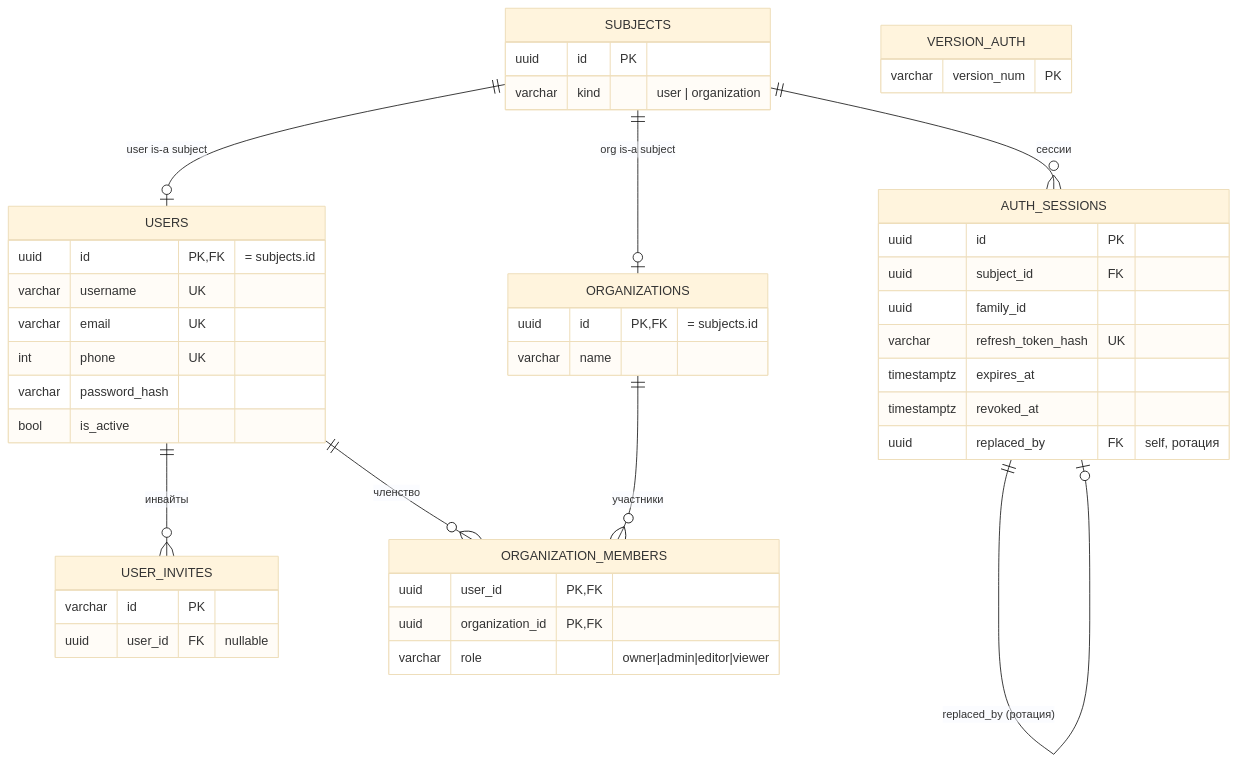
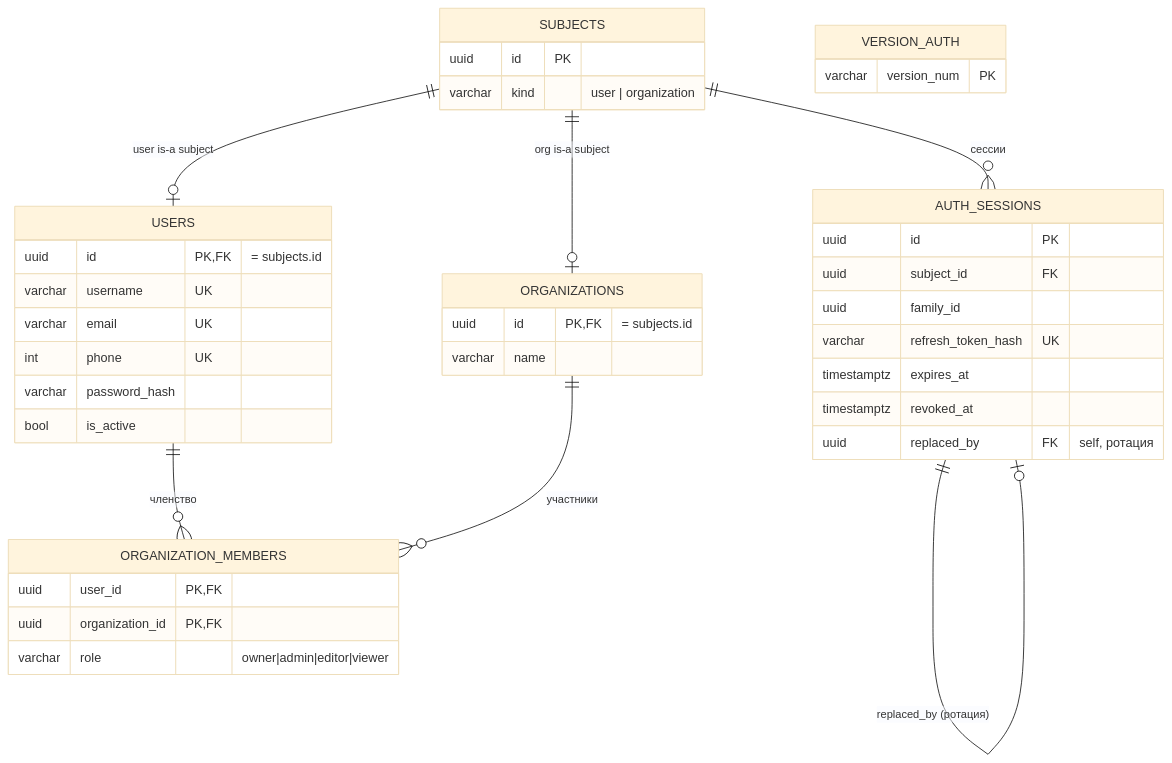
One commit to sb0rka/sb0rka changed the second of 2 diagrams in db/SCHEMA.md. Above: the diagram before and after it, drawn with Mermaid (base theme). The commit also changed other lines of this file and 16 other files, not shown here.

````diff
--- a/db/SCHEMA.md
+++ b/db/SCHEMA.md
@@ -184,48 +184,43 @@
 ```mermaid
 erDiagram
     SUBJECTS ||--o| USERS : "user is-a subject"
     SUBJECTS ||--o| ORGANIZATIONS : "org is-a subject"
     SUBJECTS ||--o{ AUTH_SESSIONS : "сессии"
     AUTH_SESSIONS ||--o| AUTH_SESSIONS : "replaced_by (ротация)"
-    USERS ||--o{ USER_INVITES : "инвайты"
     USERS ||--o{ ORGANIZATION_MEMBERS : "членство"
     ORGANIZATIONS ||--o{ ORGANIZATION_MEMBERS : "участники"
 
     SUBJECTS {
         uuid id PK
         varchar kind "user | organization"
     }
     USERS {
         uuid id PK,FK "= subjects.id"
         varchar username UK
         varchar email UK
         int phone UK
         varchar password_hash
         bool is_active
     }
     AUTH_SESSIONS {
         uuid id PK
         uuid subject_id FK
         uuid family_id
         varchar refresh_token_hash UK
         timestamptz expires_at
         timestamptz revoked_at
         uuid replaced_by FK "self, ротация"
     }
-    USER_INVITES {
-        varchar id PK
-        uuid user_id FK "nullable"
-    }
     ORGANIZATIONS {
         uuid id PK,FK "= subjects.id"
         varchar name
     }
     ORGANIZATION_MEMBERS {
         uuid user_id PK,FK
         uuid organization_id PK,FK
         varchar role "owner|admin|editor|viewer"
     }
     VERSION_AUTH {
         varchar version_num PK
     }
 ```
````
